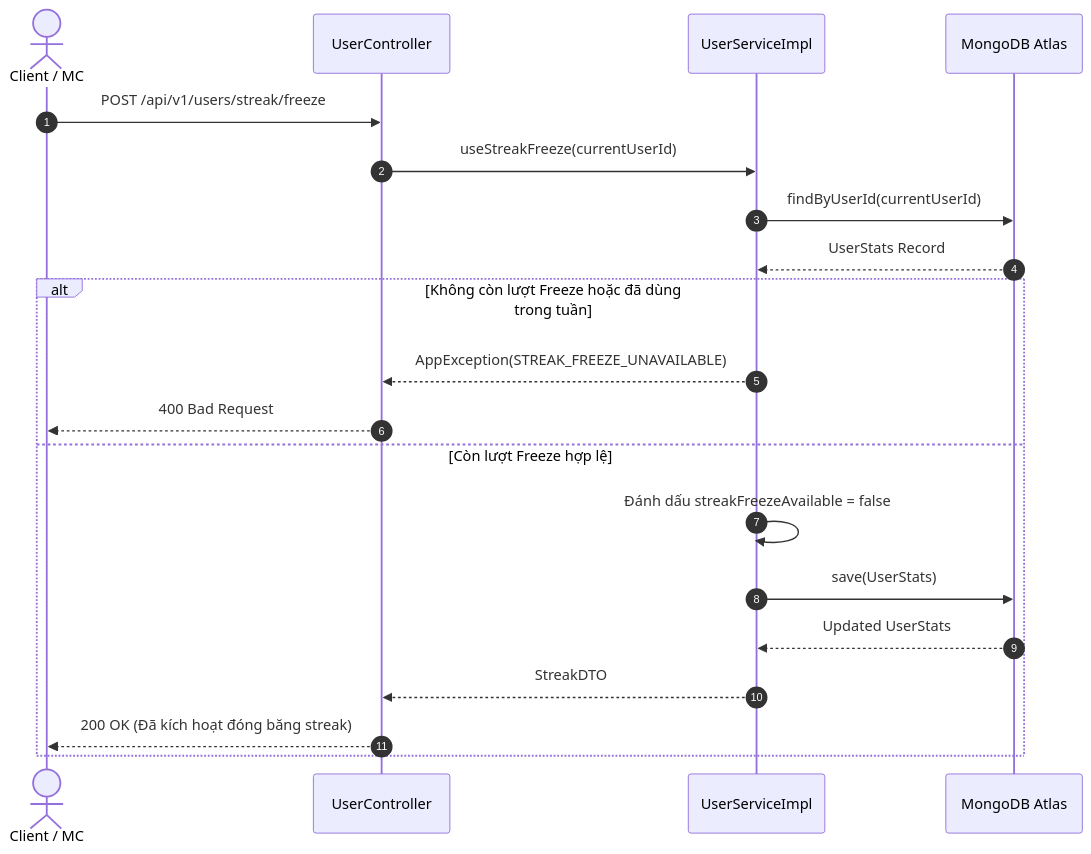
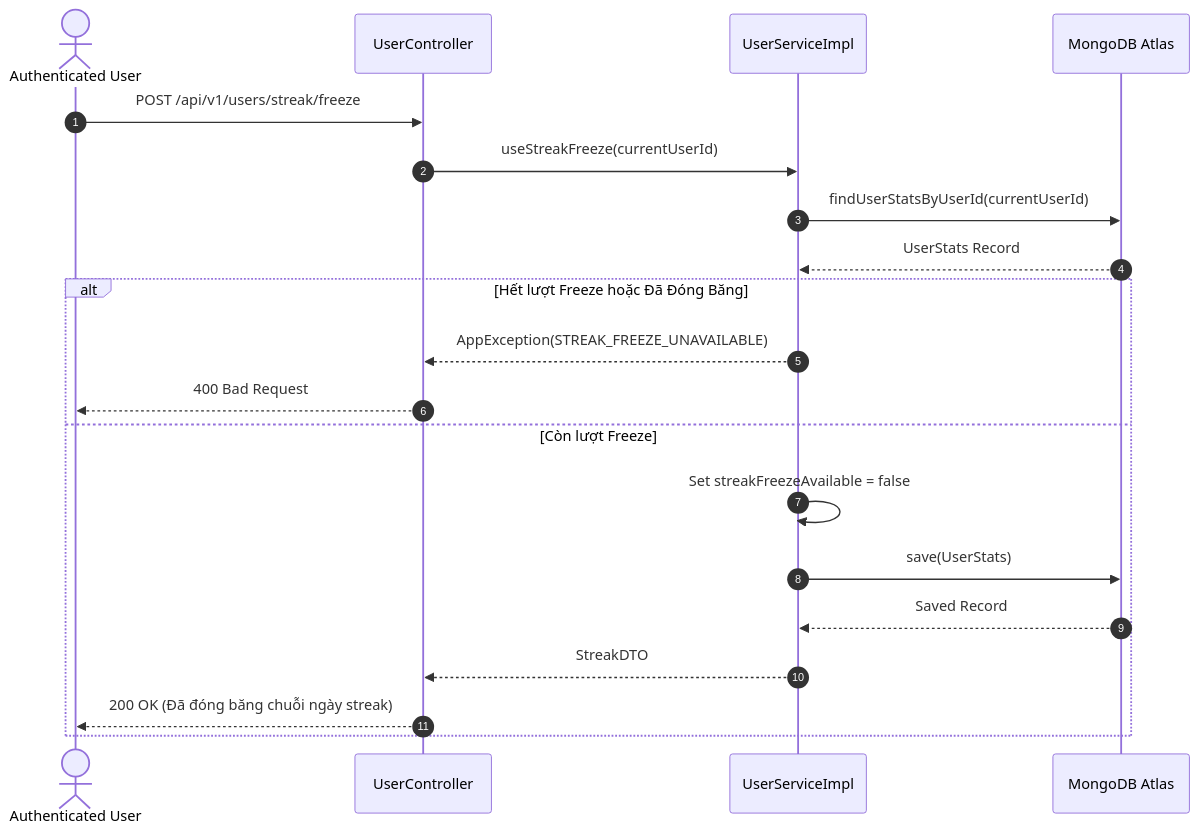
The eighth of 10 diagrams in docs/use-cases/UC-02-user-profile.md (The-MC-Hub/MC_Voice_Training_Backend), drawn with Mermaid before and after one commit. The commit also changed other lines of this file and 12 other files, not shown here.

Commit message:
docs(use-cases): fully expand all sub-use-cases across all 13 UC files with dedicated Class Diagrams, Sequence Diagrams, and Unit Tests

````diff
--- a/docs/use-cases/UC-02-user-profile.md
+++ b/docs/use-cases/UC-02-user-profile.md
@@ -69,24 +188,24 @@
 ```mermaid
 sequenceDiagram
     autonumber
-    actor User as Client / MC
+    actor User as Authenticated User
     participant Controller as UserController
     participant Service as UserServiceImpl
     participant DB as MongoDB Atlas
 
     User->>Controller: POST /api/v1/users/streak/freeze
     Controller->>Service: useStreakFreeze(currentUserId)
-    Service->>DB: findByUserId(currentUserId)
+    Service->>DB: findUserStatsByUserId(currentUserId)
     DB-->>Service: UserStats Record
     
-    alt Không còn lượt Freeze hoặc đã dùng trong tuần
+    alt Hết lượt Freeze hoặc Đã Đóng Băng
         Service-->>Controller: AppException(STREAK_FREEZE_UNAVAILABLE)
         Controller-->>User: 400 Bad Request
-    else Còn lượt Freeze hợp lệ
-        Service->>Service: Đánh dấu streakFreezeAvailable = false
+    else Còn lượt Freeze
+        Service->>Service: Set streakFreezeAvailable = false
         Service->>DB: save(UserStats)
-        DB-->>Service: Updated UserStats
+        DB-->>Service: Saved Record
         Service-->>Controller: StreakDTO
-        Controller-->>User: 200 OK (Đã kích hoạt đóng băng streak)
+        Controller-->>User: 200 OK (Đã đóng băng chuỗi ngày streak)
     end
 ```
````
